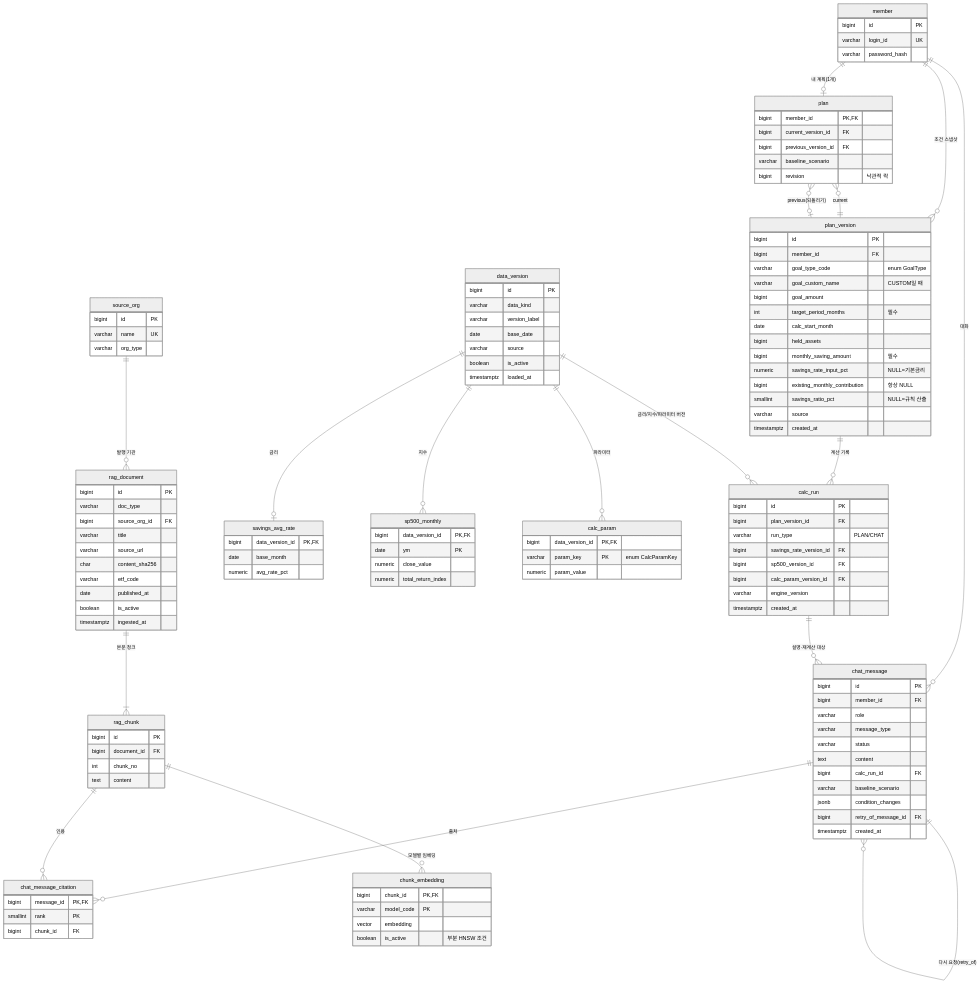
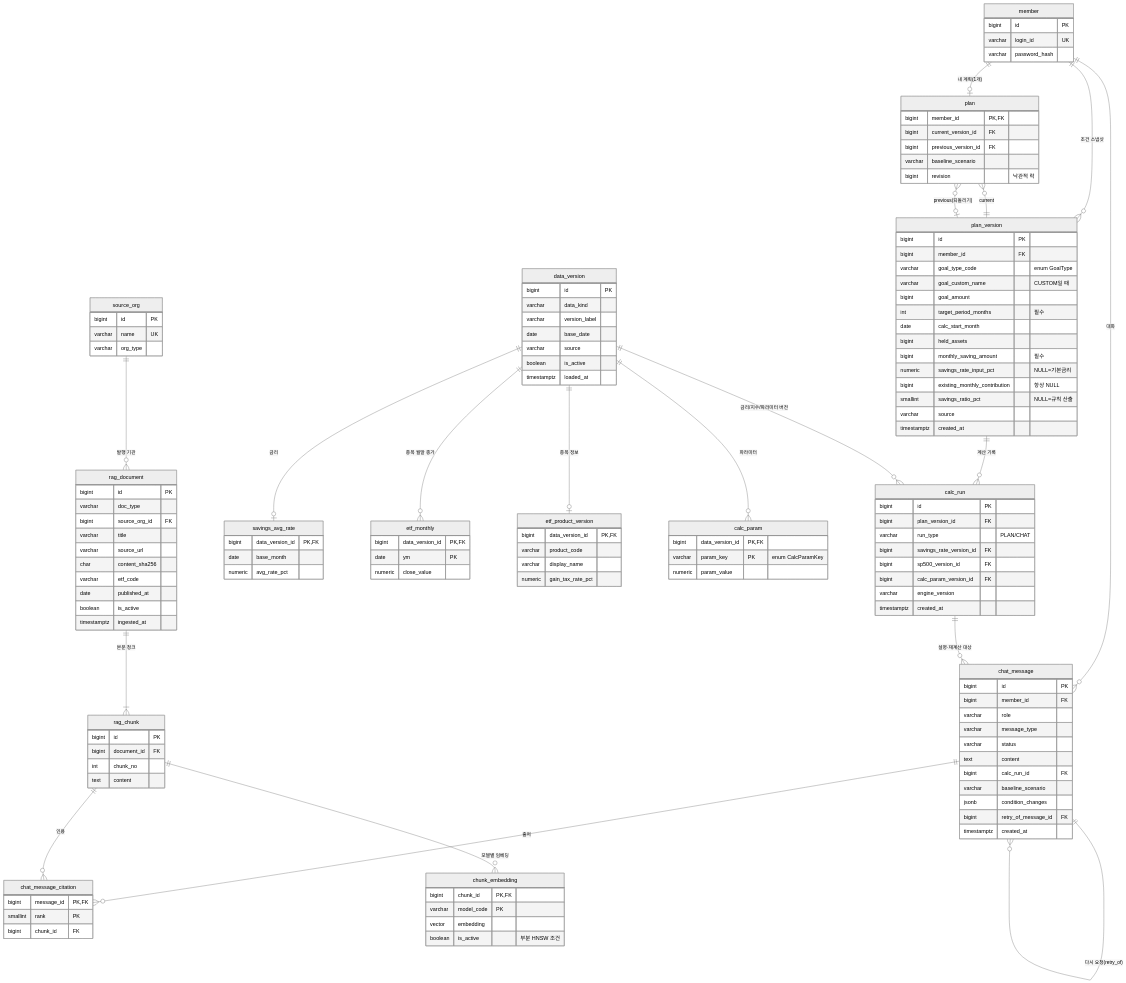
Before and after one commit to shinhan-career-next-team-4/moeun: the diagram in db/erd.md, drawn with Mermaid (neutral theme). The commit also changed other lines of this file and 47 other files, not shown here.

```diff
--- a/db/erd.md
+++ b/db/erd.md
@@ -36,7 +36,8 @@
     plan_version ||--o{ calc_run : "계산 기록"
     data_version ||--o{ calc_run : "금리/지수/파라미터 버전"
     data_version ||--o| savings_avg_rate : "금리"
-    data_version ||--o{ sp500_monthly : "지수"
+    data_version ||--o{ etf_monthly : "종목 월말 종가"
+    data_version ||--o| etf_product_version : "종목 정보"
     data_version ||--o{ calc_param : "파라미터"
     calc_run ||--o{ chat_message : "설명·재계산 대상"
     chat_message ||--o{ chat_message : "다시 요청(retry_of)"
@@ -98,11 +99,16 @@
         date base_month
         numeric avg_rate_pct
     }
-    sp500_monthly {
+    etf_monthly {
         bigint data_version_id PK,FK
         date ym PK
         numeric close_value
-        numeric total_return_index
+    }
+    etf_product_version {
+        bigint data_version_id PK,FK
+        varchar product_code
+        varchar display_name
+        numeric gain_tax_rate_pct
     }
     calc_param {
         bigint data_version_id PK,FK
```
